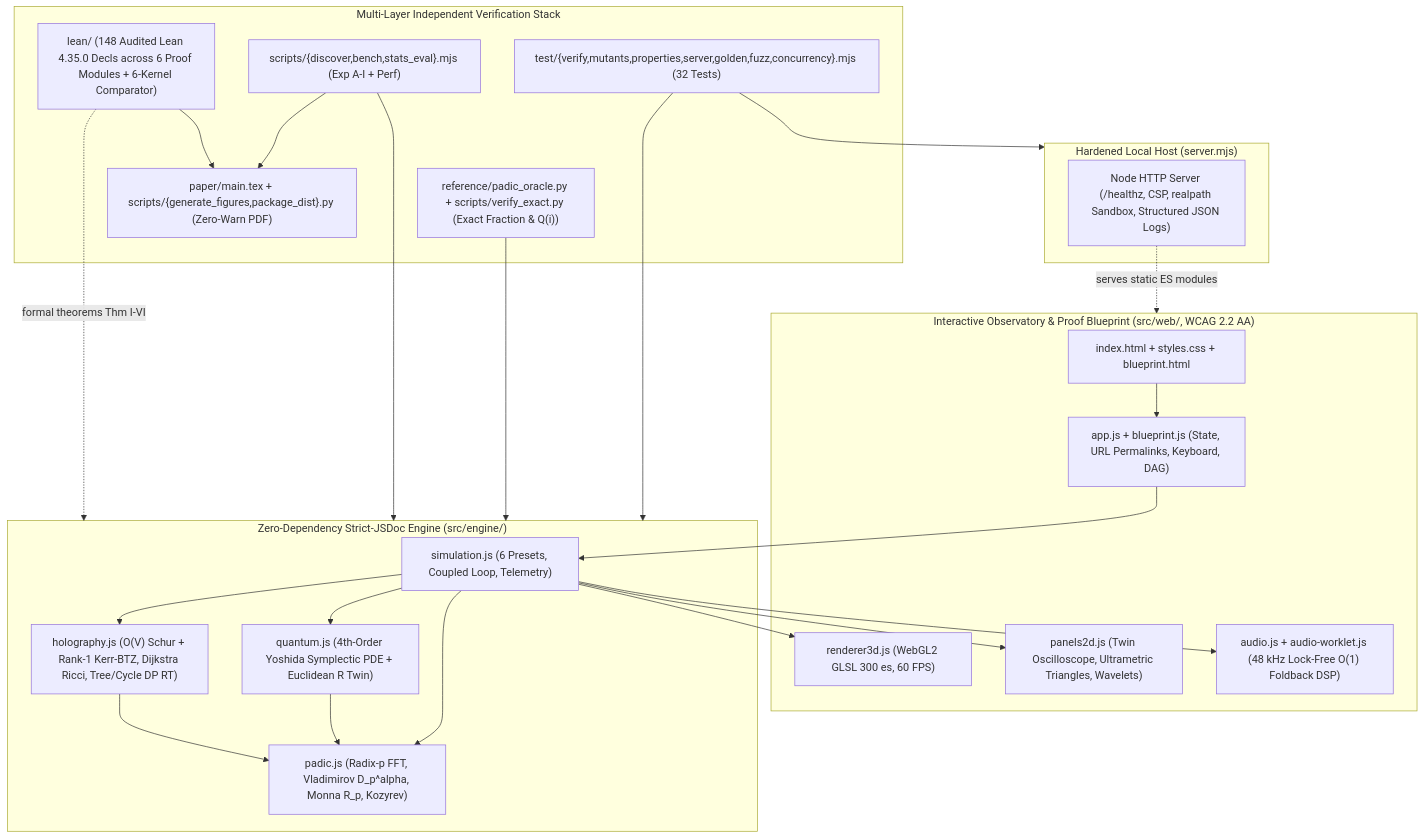
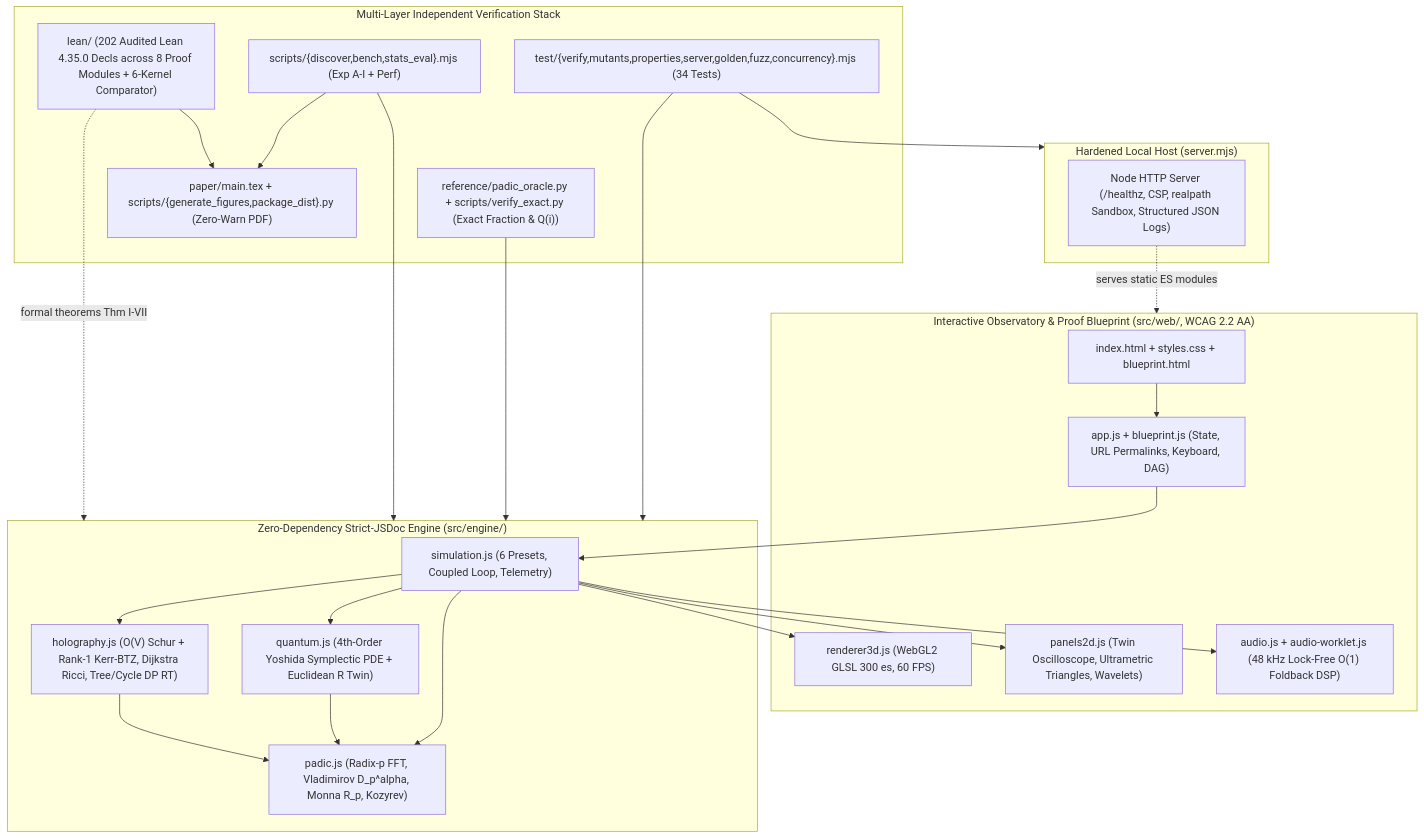
Before and after one commit to 0thernes/ultrametrica: the diagram in docs/architecture.md, drawn with Mermaid. The commit also changed other lines of this file and 84 other files, not shown here.

Commit message:
release(v1.7.0): 3-cycle hardening (F66-F84), finite-graph Gauss-Bonnet & discrete Vladimirov/Kozyrev Lean 4 proofs (202 decls, 12 targets), negative Lean gate, 10/10 mutants, deterministic tarball, dual .tsr/.ots stamps

````diff
--- a/docs/architecture.md
+++ b/docs/architecture.md
@@ -7,48 +7,48 @@
 ```mermaid
 flowchart TD
     subgraph UI["Interactive Observatory & Proof Blueprint (src/web/, WCAG 2.2 AA)"]
         HTML["index.html + styles.css + blueprint.html"]
         APP["app.js + blueprint.js (State, URL Permalinks, Keyboard, DAG)"]
         GL["renderer3d.js (WebGL2 GLSL 300 es, 60 FPS)"]
         P2D["panels2d.js (Twin Oscilloscope, Ultrametric Triangles, Wavelets)"]
         AUD["audio.js + audio-worklet.js (48 kHz Lock-Free O(1) Foldback DSP)"]
     end
 
     subgraph ENGINE["Zero-Dependency Strict-JSDoc Engine (src/engine/)"]
         SIM["simulation.js (6 Presets, Coupled Loop, Telemetry)"]
         PAD["padic.js (Radix-p FFT, Vladimirov D_p^alpha, Monna R_p, Kozyrev)"]
         QTM["quantum.js (4th-Order Yoshida Symplectic PDE + Euclidean R Twin)"]
         HOL["holography.js (O(V) Schur + Rank-1 Kerr-BTZ, Dijkstra Ricci, Tree/Cycle DP RT)"]
     end
 
     subgraph SERVER["Hardened Local Host (server.mjs)"]
         HTTP["Node HTTP Server (/healthz, CSP, realpath Sandbox, Structured JSON Logs)"]
     end
 
     subgraph VERIFY["Multi-Layer Independent Verification Stack"]
-        NODE["test/{verify,mutants,properties,server,golden,fuzz,concurrency}.mjs (32 Tests)"]
+        NODE["test/{verify,mutants,properties,server,golden,fuzz,concurrency}.mjs (34 Tests)"]
         PY["reference/padic_oracle.py + scripts/verify_exact.py (Exact Fraction & Q(i))"]
         STATS["scripts/{discover,bench,stats_eval}.mjs (Exp A-I + Perf)"]
-        LEAN["lean/ (148 Audited Lean 4.35.0 Decls across 6 Proof Modules + 6-Kernel Comparator)"]
+        LEAN["lean/ (202 Audited Lean 4.35.0 Decls across 8 Proof Modules + 6-Kernel Comparator)"]
         PAPER["paper/main.tex + scripts/{generate_figures,package_dist}.py (Zero-Warn PDF)"]
     end
 
     HTML --> APP
     APP --> SIM
     SIM --> PAD
     SIM --> QTM
     SIM --> HOL
     QTM --> PAD
     HOL --> PAD
     SIM --> GL
     SIM --> P2D
     SIM --> AUD
     HTTP -.->|serves static ES modules| UI
     NODE --> ENGINE
     NODE --> SERVER
     PY --> ENGINE
     STATS --> ENGINE
-    LEAN -.->|formal theorems Thm I-VI| ENGINE
+    LEAN -.->|formal theorems Thm I-VII| ENGINE
     STATS --> PAPER
     LEAN --> PAPER
 ```
````
